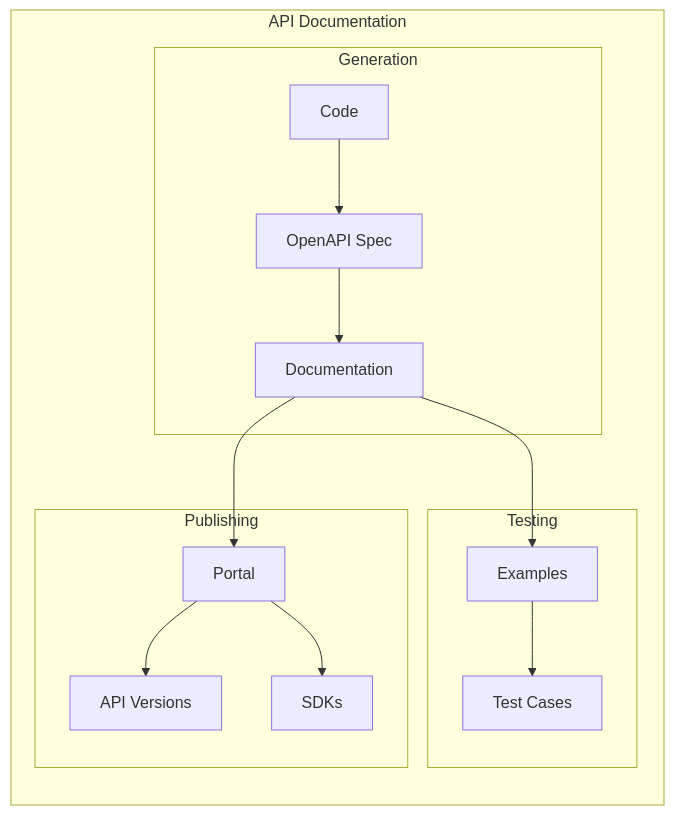
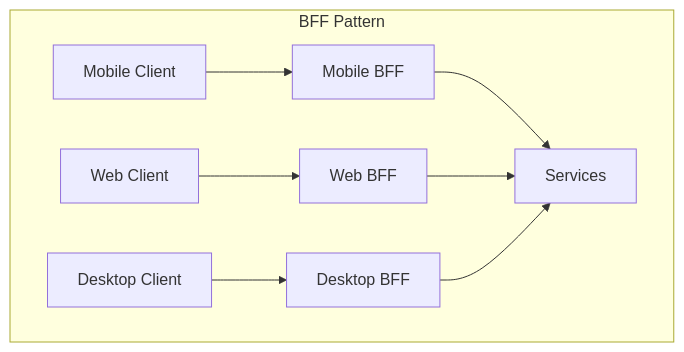
The sixth of 6 diagrams in src/API_Design_Concepts.md (saravanakumarrc/Architecture_Journey), drawn with Mermaid before and after one commit. The commit also changed other lines of this file and 4 other files, not shown here.

First line of the commit message:
Refactor Serverless Architecture Patterns and Testing Best Practices documentation

````diff
--- a/src/API_Design_Concepts.md
+++ b/src/API_Design_Concepts.md
@@ -451,22 +170,12 @@
 ```mermaid
-flowchart TB
-    subgraph "API Documentation"
-        direction TB
+graph TB
+    subgraph "BFF Pattern"
+        M[Mobile Client] --> MB[Mobile BFF]
+        W[Web Client] --> WB[Web BFF]
+        D[Desktop Client] --> DB[Desktop BFF]
         
-        subgraph "Generation"
-            C[Code] --> AS[OpenAPI Spec]
-            AS --> D[Documentation]
-        end
-        
-        subgraph "Testing"
-            D --> E[Examples]
-            E --> T[Test Cases]
-        end
-        
-        subgraph "Publishing"
-            D --> P[Portal]
-            P --> V[API Versions]
-            P --> S[SDKs]
-        end
+        MB --> S[Services]
+        WB --> S
+        DB --> S
     end
 ```
````
